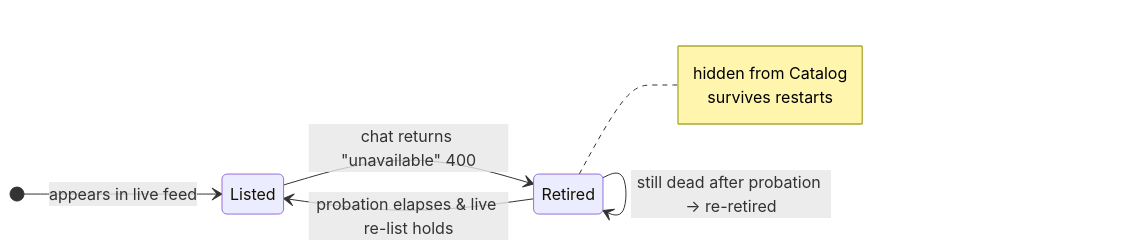
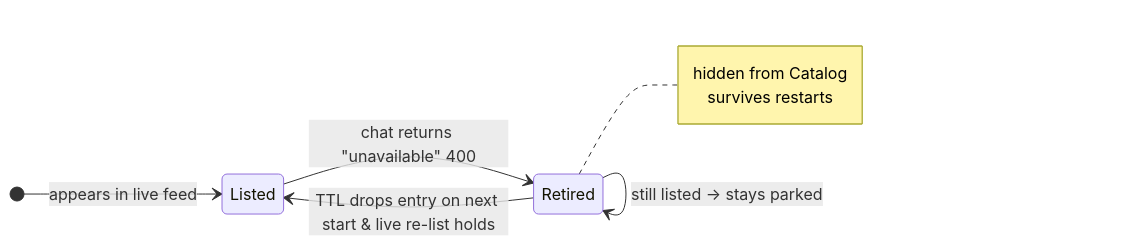
Before and after one commit to huranth/lingling: the sixth of 16 diagrams in ARCHITECTURE.md, drawn with Mermaid. The commit also changed other lines of this file and 5 other files, not shown here.

````diff
--- a/ARCHITECTURE.md
+++ b/ARCHITECTURE.md
@@ -198,12 +200,12 @@
 ```mermaid
 stateDiagram-v2
     direction LR
     [*] --> Listed: appears in live feed
     Listed --> Retired: chat returns "unavailable" 400
-    Retired --> Listed: probation elapses & live re-list holds
-    Retired --> Retired: still dead after probation → re-retired
+    Retired --> Listed: TTL drops entry on next start & live re-list holds
+    Retired --> Retired: still listed → stays parked
     note right of Retired
         hidden from Catalog
         survives restarts
     end note
 ```
````
